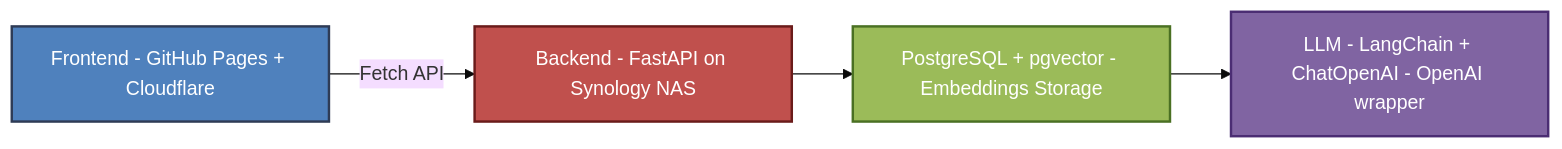
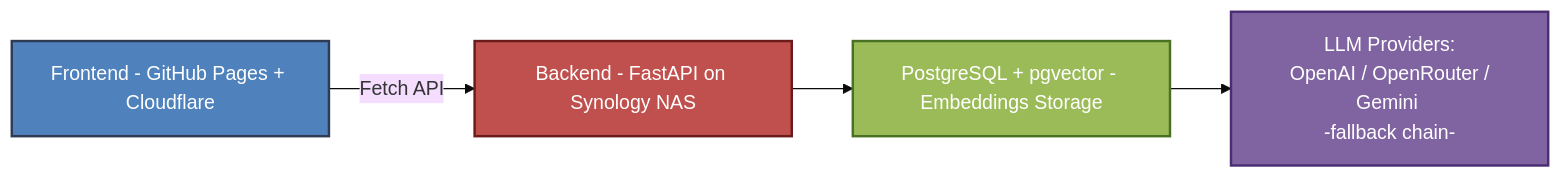
One commit to jorgechavarriaga/ai-csv-agent changed the diagram in README.md. Above: the diagram before and after it, drawn with Mermaid (base theme). The commit also changed other lines of this file and 4 other files, not shown here.

````diff
--- a/README.md
+++ b/README.md
@@ -200,12 +269,12 @@
 ```mermaid
 flowchart LR
     A[Frontend - GitHub Pages + Cloudflare] -->|Fetch API| B[Backend - FastAPI on Synology NAS]
     B --> C[PostgreSQL + pgvector - Embeddings Storage]
-    C --> D[LLM - LangChain + ChatOpenAI - OpenAI wrapper]
+    C --> D[LLM Providers:<br/> OpenAI / OpenRouter / Gemini <br/>-fallback chain-]
 
     %% 🎨 Styling
     style A fill:#4F81BD,stroke:#2E3B55,stroke-width:2px,color:white
     style B fill:#C0504D,stroke:#6A1B1A,stroke-width:2px,color:white
     style C fill:#9BBB59,stroke:#4A7023,stroke-width:2px,color:white
     style D fill:#8064A2,stroke:#4B2D73,stroke-width:2px,color:white
 ```
````
